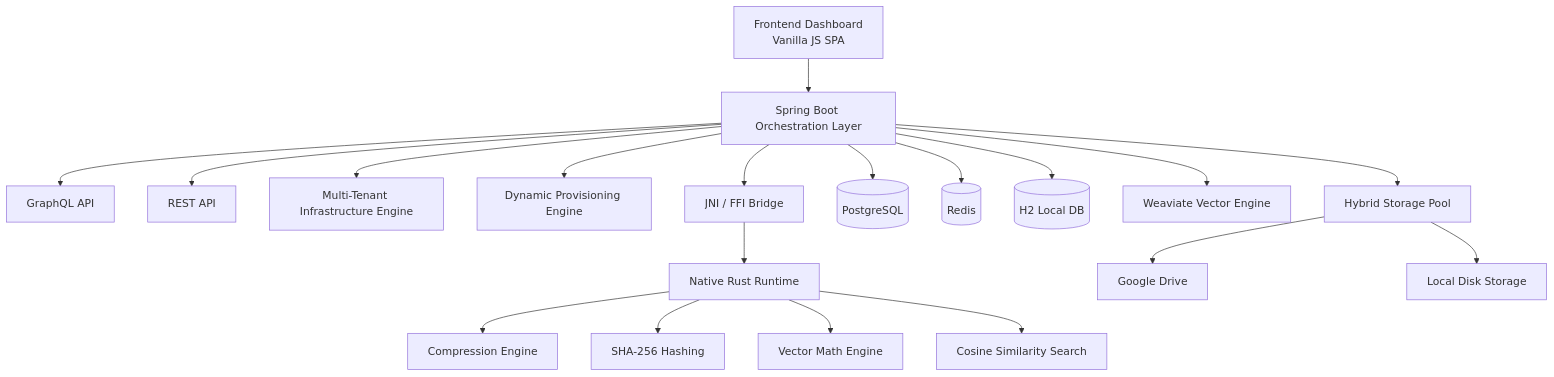
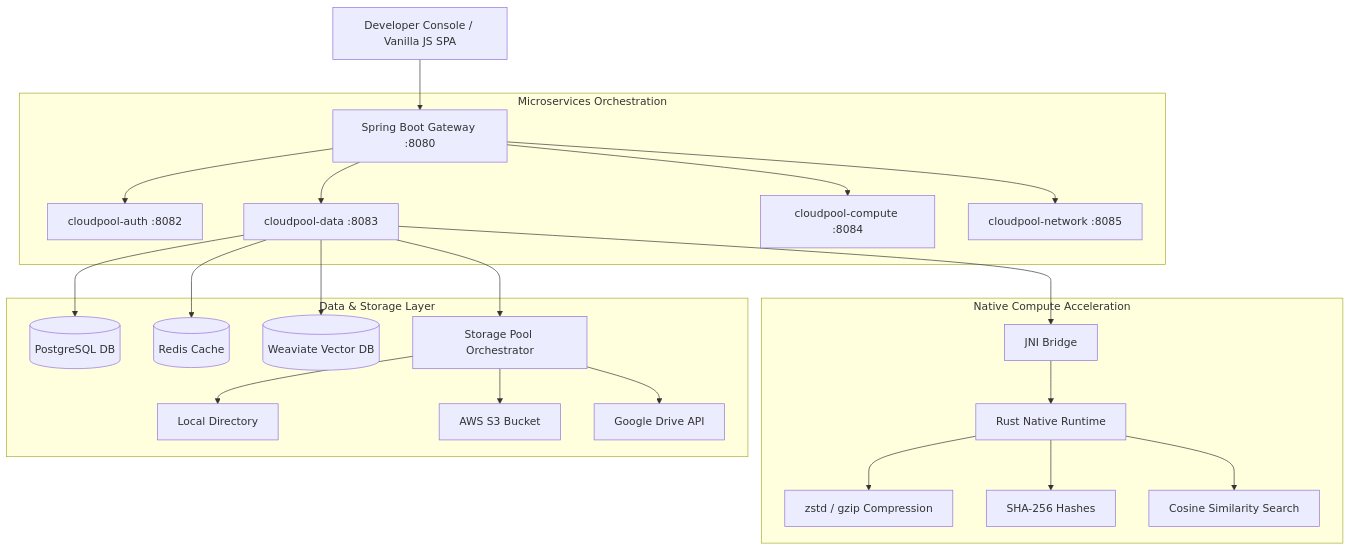
Before and after one commit to Mr-Charvaka/CloudPool: the first of 3 diagrams in README.md, drawn with Mermaid. The commit also changed other lines of this file and 33 other files, not shown here.

`````diff
--- a/README.md
+++ b/README.md
@@ -132,32 +63,29 @@
 ```mermaid
 flowchart TD
+    A[Developer Console / Vanilla JS SPA] --> B[Spring Boot Gateway :8080]
+    
+    subgraph Microservices Orchestration
+        B --> C[cloudpool-auth :8082]
+        B --> D[cloudpool-data :8083]
+        B --> E[cloudpool-compute :8084]
+        B --> F[cloudpool-network :8085]
+    end
 
-    A[Frontend Dashboard<br/>Vanilla JS SPA]
+    subgraph Native Compute Acceleration
+        D --> G[JNI Bridge]
+        G --> H[Rust Native Runtime]
+        H --> H1[zstd / gzip Compression]
+        H --> H2[SHA-256 Hashes]
+        H --> H3[Cosine Similarity Search]
+    end
 
-    A --> B[Spring Boot Orchestration Layer]
-
-    B --> C[GraphQL API]
-    B --> D[REST API]
-    B --> E[Multi-Tenant Infrastructure Engine]
-    B --> F[Dynamic Provisioning Engine]
-
-    B --> G[JNI / FFI Bridge]
-
-    G --> H[Native Rust Runtime]
-
-    H --> I[Compression Engine]
-    H --> J[SHA-256 Hashing]
-    H --> K[Vector Math Engine]
-    H --> L[Cosine Similarity Search]
-
-    B --> M[(PostgreSQL)]
-    B --> N[(Redis)]
-    B --> O[(H2 Local DB)]
-
-    B --> P[Weaviate Vector Engine]
-
-    B --> Q[Hybrid Storage Pool]
-
-    Q --> R[Google Drive]
-    Q --> S[Local Disk Storage]
-````
+    subgraph Data & Storage Layer
+        D --> I[(PostgreSQL DB)]
+        D --> J[(Redis Cache)]
+        D --> K[(Weaviate Vector DB)]
+        D --> L[Storage Pool Orchestrator]
+        L --> L1[Local Directory]
+        L --> L2[AWS S3 Bucket]
+        L --> L3[Google Drive API]
+    end
+```
`````
